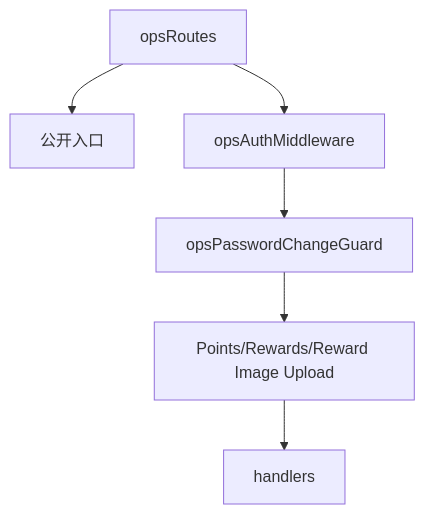
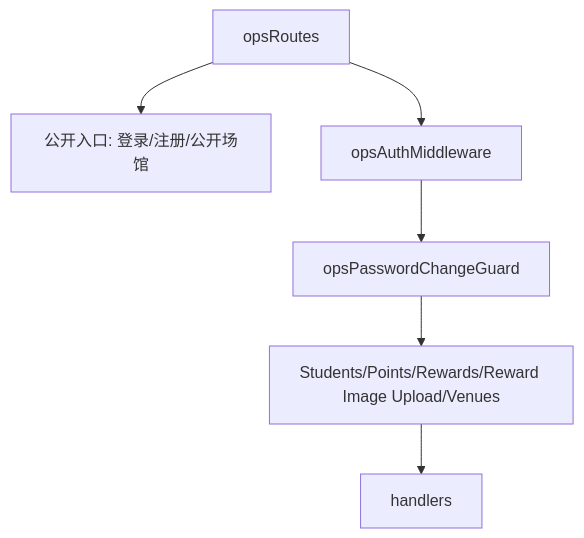
Before and after one commit to imatrixme/ikanyue: the diagram in ikanyue.mapi.hono/src/routes/ops/index.js.md, drawn with Mermaid. The commit also changed other lines of this file and 10 other files, not shown here.

````diff
--- a/ikanyue.mapi.hono/src/routes/ops/index.js.md
+++ b/ikanyue.mapi.hono/src/routes/ops/index.js.md
@@ -5,8 +5,8 @@
 ```mermaid
 flowchart TD
-    A[opsRoutes] --> B[公开入口]
+    A[opsRoutes] --> B[公开入口: 登录/注册/公开场馆]
     A --> C[opsAuthMiddleware]
     C --> D[opsPasswordChangeGuard]
-    D --> E[Points/Rewards/Reward Image Upload]
+    D --> E[Students/Points/Rewards/Reward Image Upload/Venues]
     E --> F[handlers]
 ```
````
